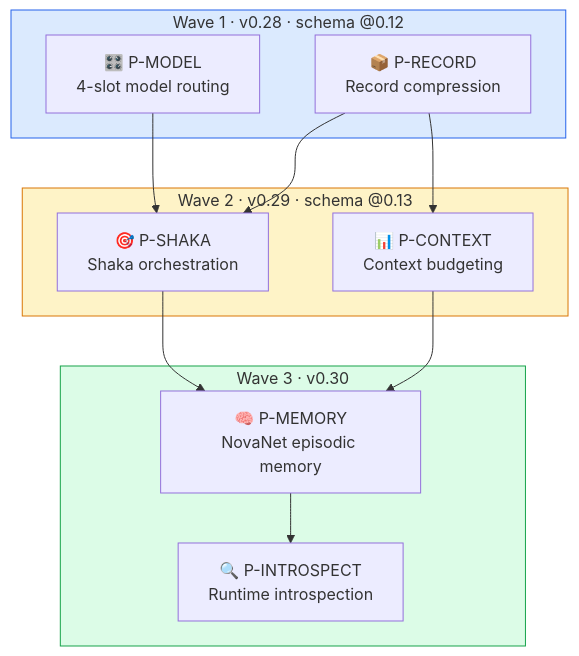
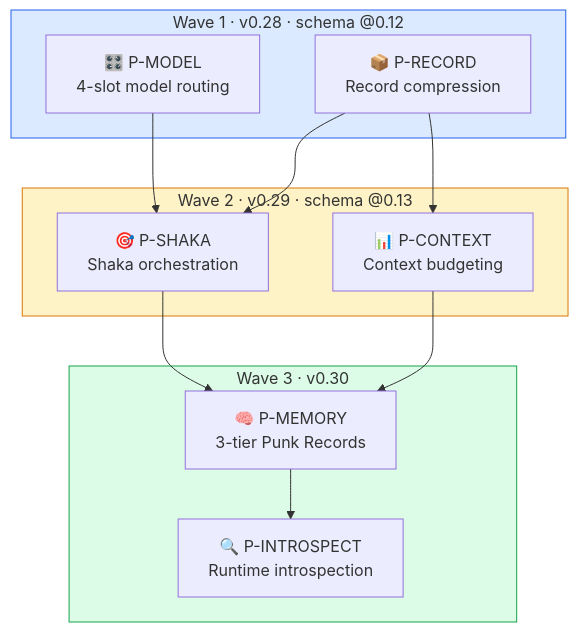
The second of 8 diagrams in docs/brainstorm/nika-evolution/05-evolution-roadmap.md (supernovae-st/nika), drawn with Mermaid before and after one commit. The commit also changed other lines of this file and 10 other files, not shown here.

First line of the commit message:
docs(brainstorm): establish 3-tier Punk Records memory architecture

````diff
--- a/docs/brainstorm/nika-evolution/05-evolution-roadmap.md
+++ b/docs/brainstorm/nika-evolution/05-evolution-roadmap.md
@@ -47,35 +47,35 @@
 ```mermaid
 flowchart TD
     PM["🎛️ P-MODEL\n4-slot model routing"]
     PE["📦 P-RECORD\nRecord compression"]
     PS["🎯 P-SHAKA\nShaka orchestration"]
     PC["📊 P-CONTEXT\nContext budgeting"]
-    PMEM["🧠 P-MEMORY\nNovaNet episodic memory"]
+    PMEM["🧠 P-MEMORY\n3-tier Punk Records"]
     PI["🔍 P-INTROSPECT\nRuntime introspection"]
 
     PM --> PS
     PE --> PS
     PE --> PC
     PS --> PMEM
     PC --> PMEM
     PMEM --> PI
 
     subgraph W1["Wave 1 · v0.28 · schema @0.12"]
         PM
         PE
     end
 
     subgraph W2["Wave 2 · v0.29 · schema @0.13"]
         PS
         PC
     end
 
     subgraph W3["Wave 3 · v0.30"]
         PMEM
         PI
     end
 
     style W1 fill:#dbeafe,stroke:#2563eb
     style W2 fill:#fef3c7,stroke:#d97706
     style W3 fill:#dcfce7,stroke:#16a34a
 ```
````
